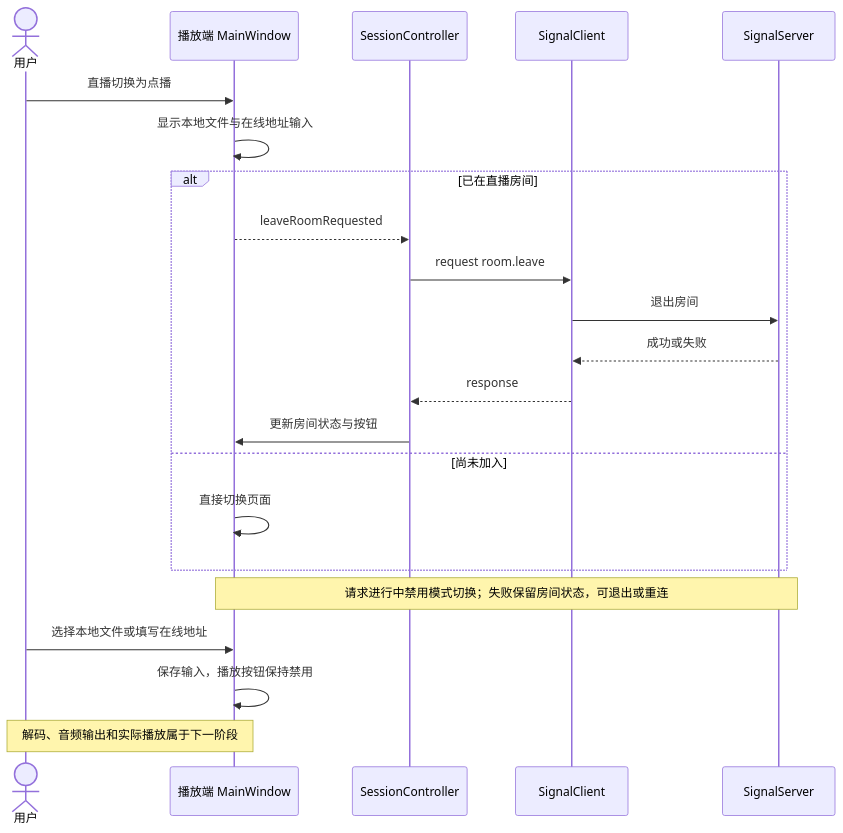
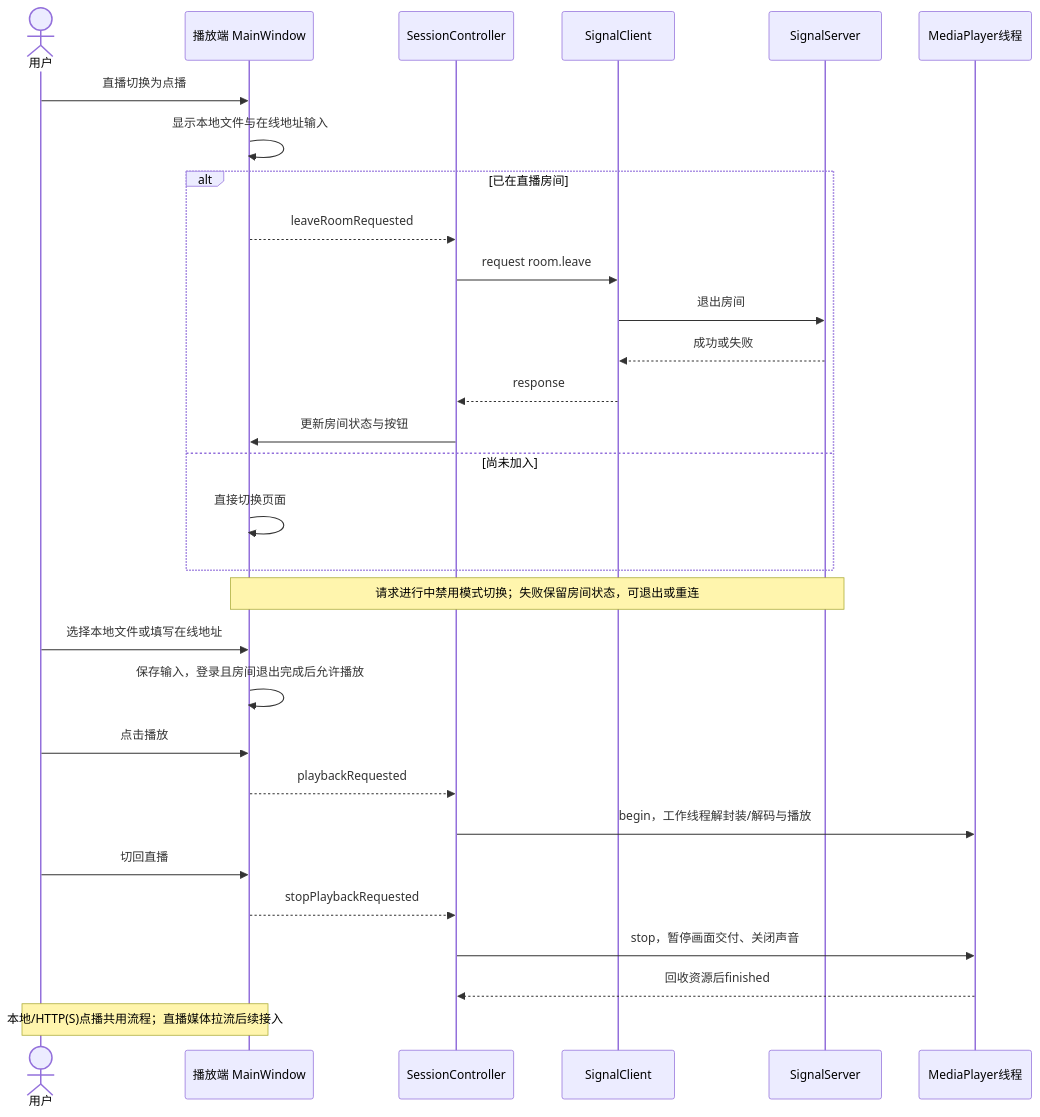
The diagram in docs/uml/client-mode.mmd (kingsman-svg/OBS), drawn with Mermaid before and after one commit. The commit also changed 35 other files, not shown here.

```diff
--- a/docs/uml/client-mode.mmd
+++ b/docs/uml/client-mode.mmd
@@ -1,22 +1,30 @@
 sequenceDiagram
 actor U as 用户
 participant V as 播放端 MainWindow
 participant C as SessionController
 participant N as SignalClient
 participant S as SignalServer
+participant P as MediaPlayer线程
 U->>V: 直播切换为点播
 V->>V: 显示本地文件与在线地址输入
 alt 已在直播房间
 V-->>C: leaveRoomRequested
 C->>N: request room.leave
 N->>S: 退出房间
 S-->>N: 成功或失败
 N-->>C: response
 C->>V: 更新房间状态与按钮
 else 尚未加入
 V->>V: 直接切换页面
 end
 Note over V,S: 请求进行中禁用模式切换；失败保留房间状态，可退出或重连
 U->>V: 选择本地文件或填写在线地址
-V->>V: 保存输入，播放按钮保持禁用
-Note over U,V: 解码、音频输出和实际播放属于下一阶段
+V->>V: 保存输入，登录且房间退出完成后允许播放
+U->>V: 点击播放
+V-->>C: playbackRequested
+C->>P: begin，工作线程解封装/解码与播放
+U->>V: 切回直播
+V-->>C: stopPlaybackRequested
+C->>P: stop，暂停画面交付、关闭声音
+P-->>C: 回收资源后finished
+Note over U,V: 本地/HTTP(S)点播共用流程；直播媒体拉流后续接入
```
